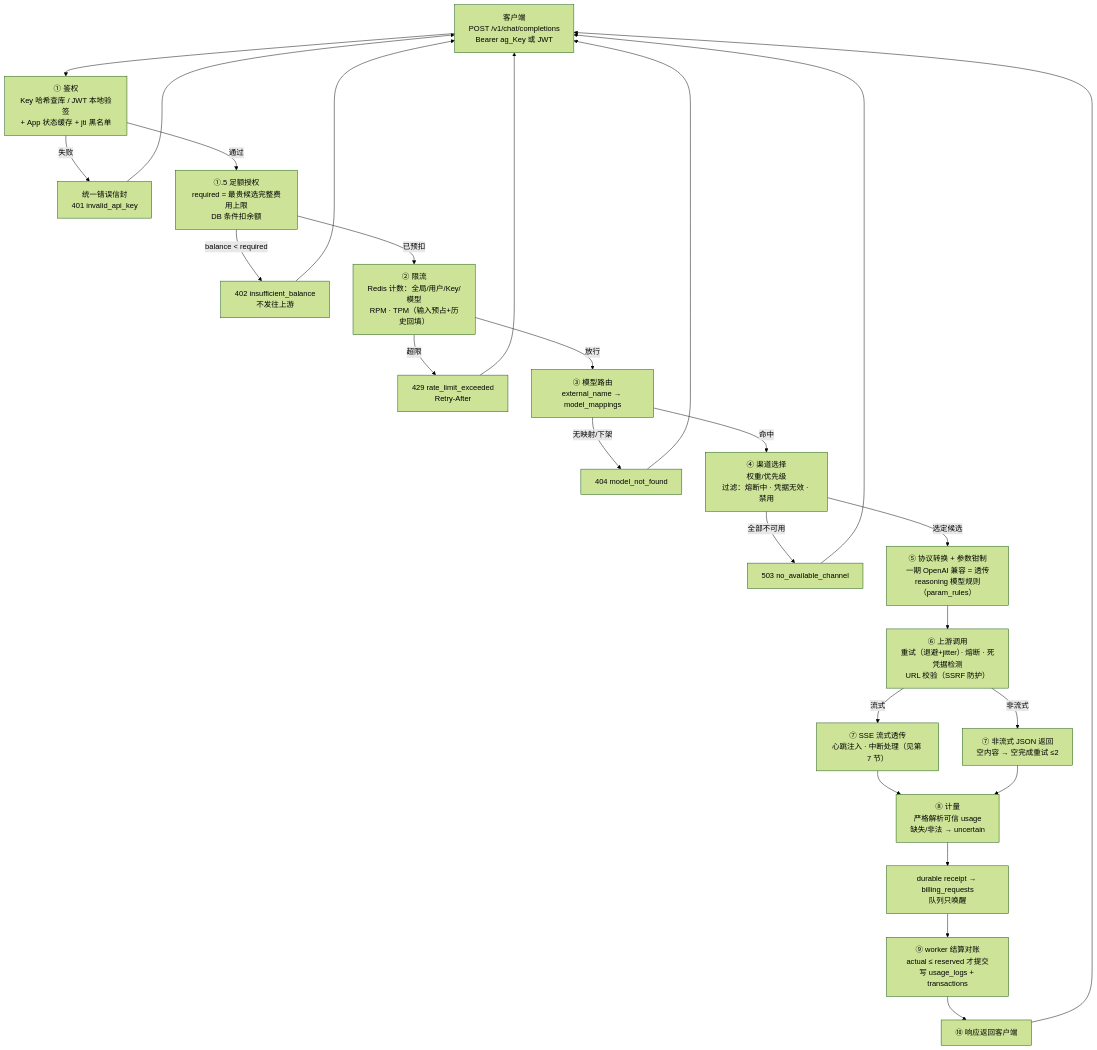
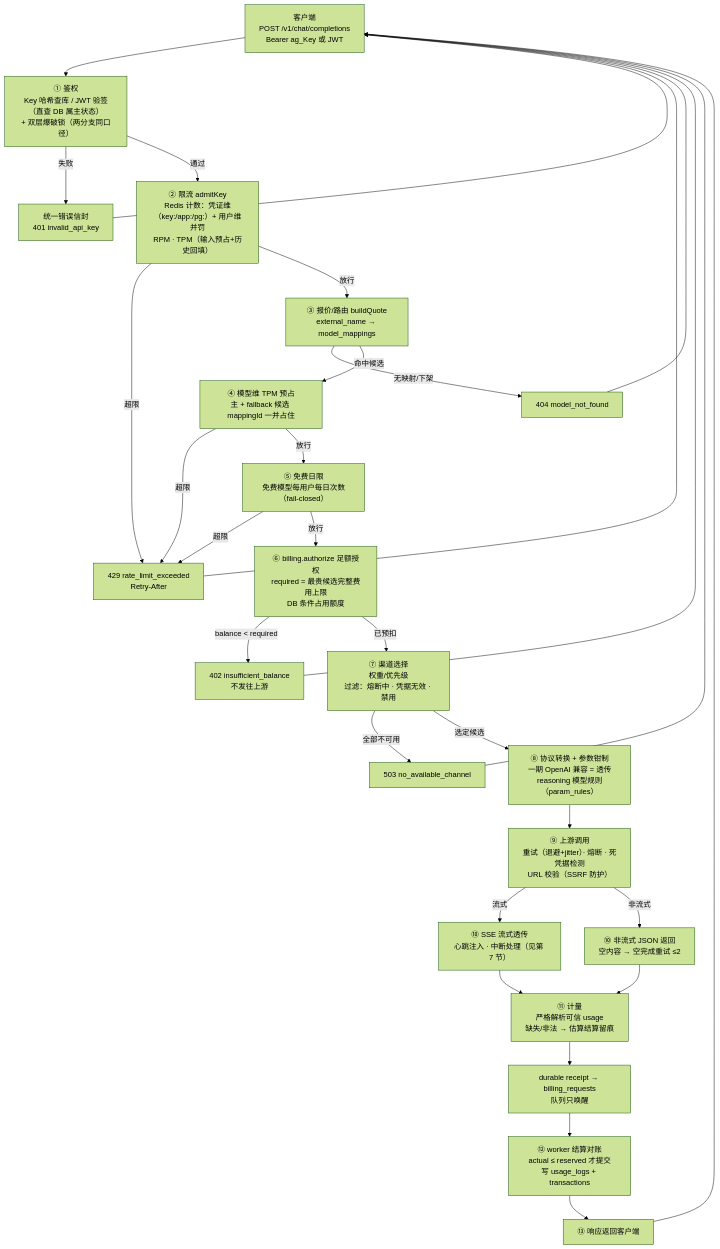
Before and after one commit to renxqoo/Tillgate: the third of 8 diagrams in docs/architecture.md, drawn with Mermaid (forest theme). The commit also changed other lines of this file and 13 other files, not shown here.

````diff
--- a/docs/architecture.md
+++ b/docs/architecture.md
@@ -111,40 +116,46 @@
 ```mermaid
 flowchart TD
     C["客户端<br/>POST /v1/chat/completions<br/>Bearer ag_Key 或 JWT"] --> A1
 
-    A1["① 鉴权<br/>Key 哈希查库 / JWT 本地验签<br/>+ App 状态缓存 + jti 黑名单"] -->|"失败"| ERR["统一错误信封<br/>401 invalid_api_key"]
+    A1["① 鉴权<br/>Key 哈希查库 / JWT 验签（直查 DB 属主状态）<br/>+ 双层爆破锁（两分支同口径）"] -->|"失败"| ERR["统一错误信封<br/>401 invalid_api_key"]
     A1 -->|"通过"| A2
 
-    A2["①.5 足额授权<br/>required = 最贵候选完整费用上限<br/>DB 条件扣余额"] -->|"balance < required"| E402["402 insufficient_balance<br/>不发往上游"]
-    A2 -->|"已预扣"| A3
+    A2["② 限流 admitKey<br/>Redis 计数：凭证维（key:/app:/pg:）+ 用户维并罚<br/>RPM · TPM（输入预占+历史回填）"] -->|"超限"| E429["429 rate_limit_exceeded<br/>Retry-After"]
+    A2 -->|"放行"| A3
 
-    A3["② 限流<br/>Redis 计数：全局/用户/Key/模型<br/>RPM · TPM（输入预占+历史回填）"] -->|"超限"| E429["429 rate_limit_exceeded<br/>Retry-After"]
-    A3 -->|"放行"| A4
+    A3["③ 报价/路由 buildQuote<br/>external_name → model_mappings"] -->|"无映射/下架"| E404["404 model_not_found"]
+    A3 -->|"命中候选"| A4
 
-    A4["③ 模型路由<br/>external_name → model_mappings"] -->|"无映射/下架"| E404["404 model_not_found"]
-    A4 -->|"命中"| A5
+    A4["④ 模型维 TPM 预占<br/>主 + fallback 候选 mappingId 一并占住"] -->|"超限"| E429
+    A4 -->|"放行"| A5
 
-    A5["④ 渠道选择<br/>权重/优先级<br/>过滤：熔断中 · 凭据无效 · 禁用"] -->|"全部不可用"| E503["503 no_available_channel"]
-    A5 -->|"选定候选"| A6
+    A5["⑤ 免费日限<br/>免费模型每用户每日次数（fail-closed）"] -->|"超限"| E429
+    A5 -->|"放行"| A6
 
-    A6["⑤ 协议转换 + 参数钳制<br/>一期 OpenAI 兼容 = 透传<br/>reasoning 模型规则（param_rules）"] --> A7
+    A6["⑥ billing.authorize 足额授权<br/>required = 最贵候选完整费用上限<br/>DB 条件占用额度"] -->|"balance < required"| E402["402 insufficient_balance<br/>不发往上游"]
+    A6 -->|"已预扣"| A7
 
-    A7["⑥ 上游调用<br/>重试（退避+jitter）· 熔断 · 死凭据检测<br/>URL 校验（SSRF 防护）"] -->|"流式"| STR
-    A7 -->|"非流式"| JSN
+    A7["⑦ 渠道选择<br/>权重/优先级<br/>过滤：熔断中 · 凭据无效 · 禁用"] -->|"全部不可用"| E503["503 no_available_channel"]
+    A7 -->|"选定候选"| A8
 
-    STR["⑦ SSE 流式透传<br/>心跳注入 · 中断处理（见第 7 节）"]
-    JSN["⑦ 非流式 JSON 返回<br/>空内容 → 空完成重试 ≤2"]
+    A8["⑧ 协议转换 + 参数钳制<br/>一期 OpenAI 兼容 = 透传<br/>reasoning 模型规则（param_rules）"] --> A9
 
-    STR --> M["⑧ 计量<br/>严格解析可信 usage<br/>缺失/非法 → uncertain"]
+    A9["⑨ 上游调用<br/>重试（退避+jitter）· 熔断 · 死凭据检测<br/>URL 校验（SSRF 防护）"] -->|"流式"| STR
+    A9 -->|"非流式"| JSN
+
+    STR["⑩ SSE 流式透传<br/>心跳注入 · 中断处理（见第 7 节）"]
+    JSN["⑩ 非流式 JSON 返回<br/>空内容 → 空完成重试 ≤2"]
+
+    STR --> M["⑪ 计量<br/>严格解析可信 usage<br/>缺失/非法 → 估算结算留痕"]
     JSN --> M
     M --> Q["durable receipt → billing_requests<br/>队列只唤醒"]
-    Q --> W["⑨ worker 结算对账<br/>actual ≤ reserved 才提交<br/>写 usage_logs + transactions"]
+    Q --> W["⑫ worker 结算对账<br/>actual ≤ reserved 才提交<br/>写 usage_logs + transactions"]
 
-    W --> R["⑩ 响应返回客户端"]
+    W --> R["⑬ 响应返回客户端"]
     ERR --> C
     E402 --> C
     E429 --> C
     E404 --> C
     E503 --> C
     R --> C
 ```
````
